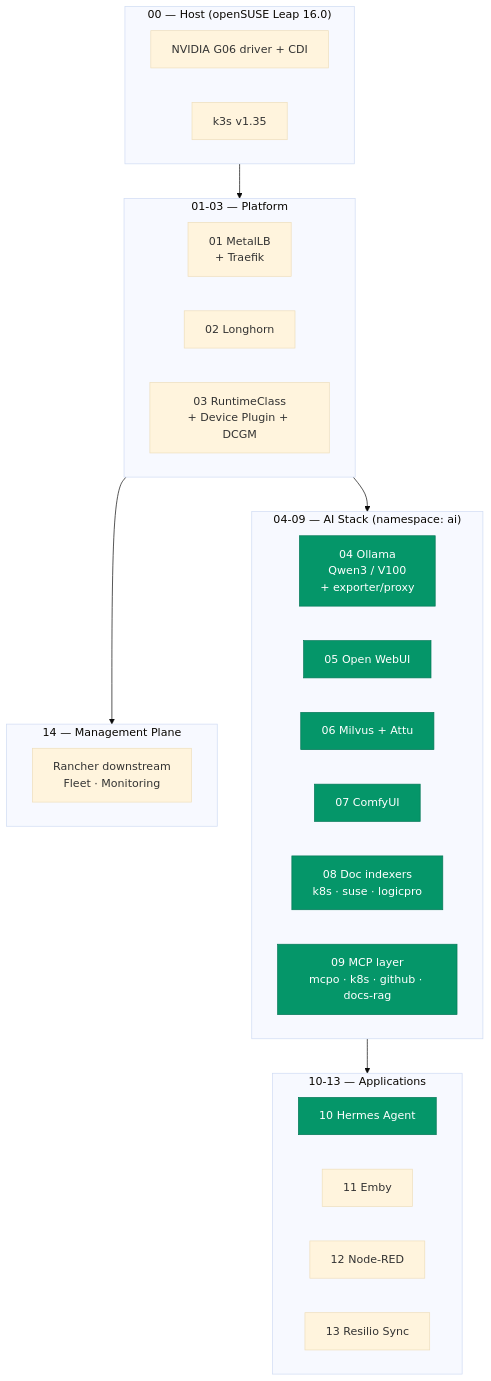
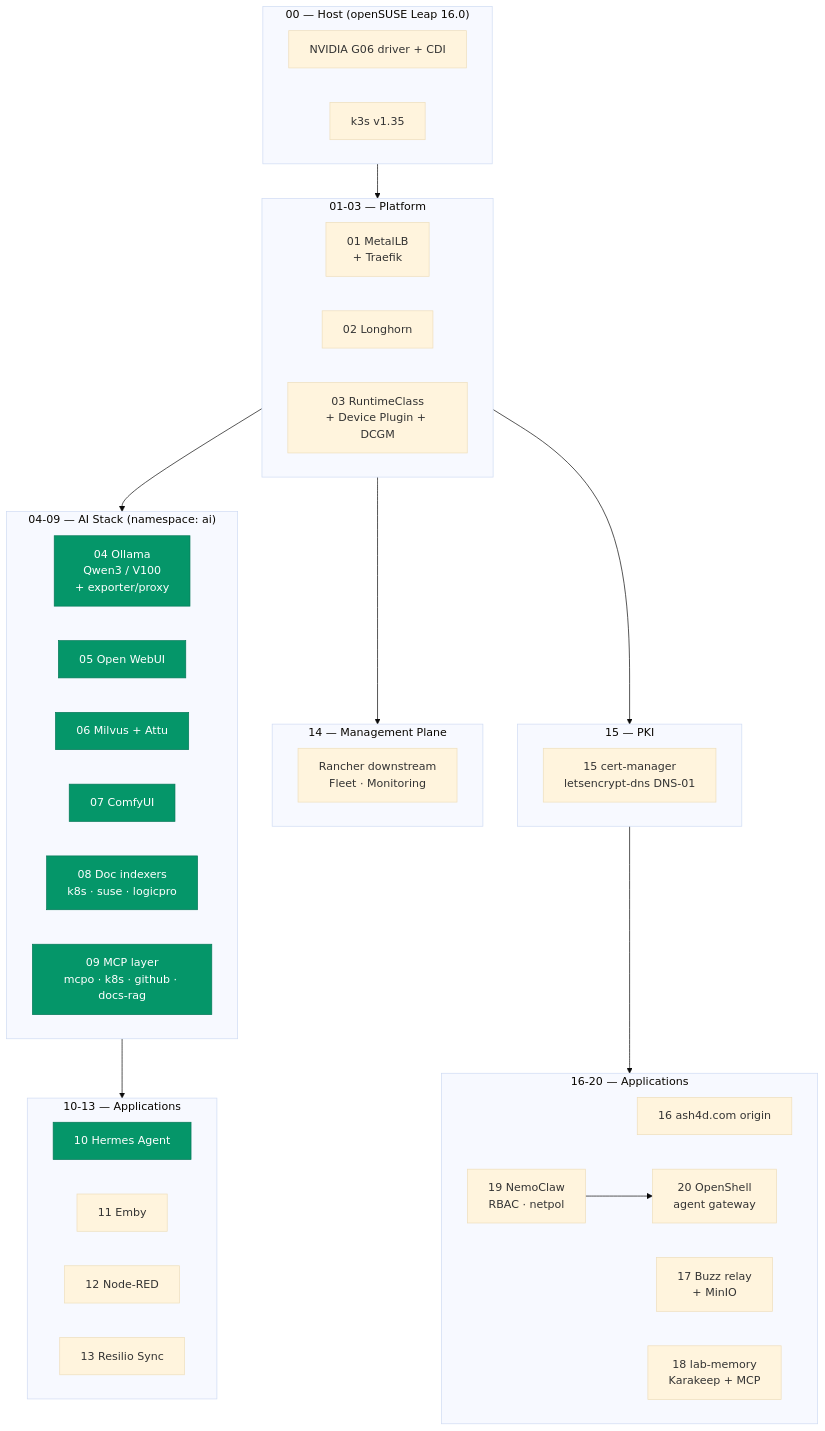
Before and after one commit to darthzen/lab-fleet: the first of 2 diagrams in README.md, drawn with Mermaid (base theme). The commit also changed other lines of this file and 114 other files, not shown here.

````diff
--- a/README.md
+++ b/README.md
@@ -11,39 +11,54 @@
 ```mermaid
 flowchart TD
     subgraph host["00 — Host (openSUSE Leap 16.0)"]
         DRIVER[NVIDIA G06 driver + CDI]
         K3S[k3s v1.35]
     end
 
     subgraph platform["01-03 — Platform"]
         METALLB[01 MetalLB<br/>+ Traefik]
         LONGHORN[02 Longhorn]
         GPU[03 RuntimeClass<br/>+ Device Plugin + DCGM]
     end
 
     subgraph ai["04-09 — AI Stack (namespace: ai)"]
         OLLAMA[04 Ollama<br/>Qwen3 / V100<br/>+ exporter/proxy]
         OWUI[05 Open WebUI]
         MILVUS[06 Milvus + Attu]
         COMFY[07 ComfyUI]
         INDEXER[08 Doc indexers<br/>k8s · suse · logicpro]
         MCP[09 MCP layer<br/>mcpo · k8s · github · docs-rag]
     end
 
     subgraph apps["10-13 — Applications"]
         HERMES[10 Hermes Agent]
         EMBY[11 Emby]
         NODERED[12 Node-RED]
         RESILIO[13 Resilio Sync]
     end
 
     subgraph mgmt["14 — Management Plane"]
         RANCHER[Rancher downstream<br/>Fleet · Monitoring]
     end
 
+    subgraph pki["15 — PKI"]
+        CERTMGR[15 cert-manager<br/>letsencrypt-dns DNS-01]
+    end
+
+    subgraph more["16-20 — Applications"]
+        ORIGIN[16 ash4d.com origin]
+        BUZZ[17 Buzz relay<br/>+ MinIO]
+        MEMORY[18 lab-memory<br/>Karakeep + MCP]
+        NEMO[19 NemoClaw<br/>RBAC · netpol]
+        OPENSHELL[20 OpenShell<br/>agent gateway]
+    end
+
     host --> platform --> ai --> apps
     platform --> mgmt
+    platform --> pki
+    pki --> more
+    NEMO --> OPENSHELL
 
     classDef ai_c fill:#059669,stroke:#047857,color:#fff
     class OLLAMA,OWUI,MILVUS,COMFY,INDEXER,MCP,HERMES ai_c
 ```
````
